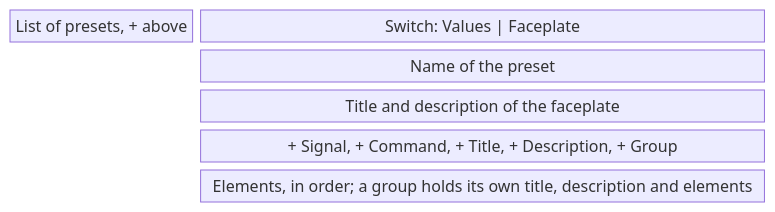
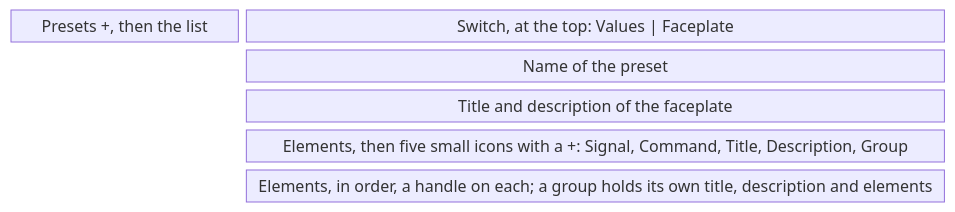
The tenth of 15 diagrams in screens/metadata.md (AlexandreGallais/synoptic-studio-spec), drawn with Mermaid before and after one commit. The commit also changed other lines of this file and 12 other files, not shown here.

````diff
--- a/screens/metadata.md
+++ b/screens/metadata.md
@@ -332,9 +314,9 @@
 ```mermaid
 block-beta
     columns 4
-    list["List of presets, + above"] sw["Switch: Values | Faceplate"]:3
+    list["Presets +, then the list"] sw["Switch, at the top: Values | Faceplate"]:3
     space name["Name of the preset"]:3
     space head["Title and description of the faceplate"]:3
-    space add["+ Signal, + Command, + Title, + Description, + Group"]:3
-    space items["Elements, in order; a group holds its own title, description and elements"]:3
+    space add["Elements, then five small icons with a +: Signal, Command, Title, Description, Group"]:3
+    space items["Elements, in order, a handle on each; a group holds its own title, description and elements"]:3
 ```
````
